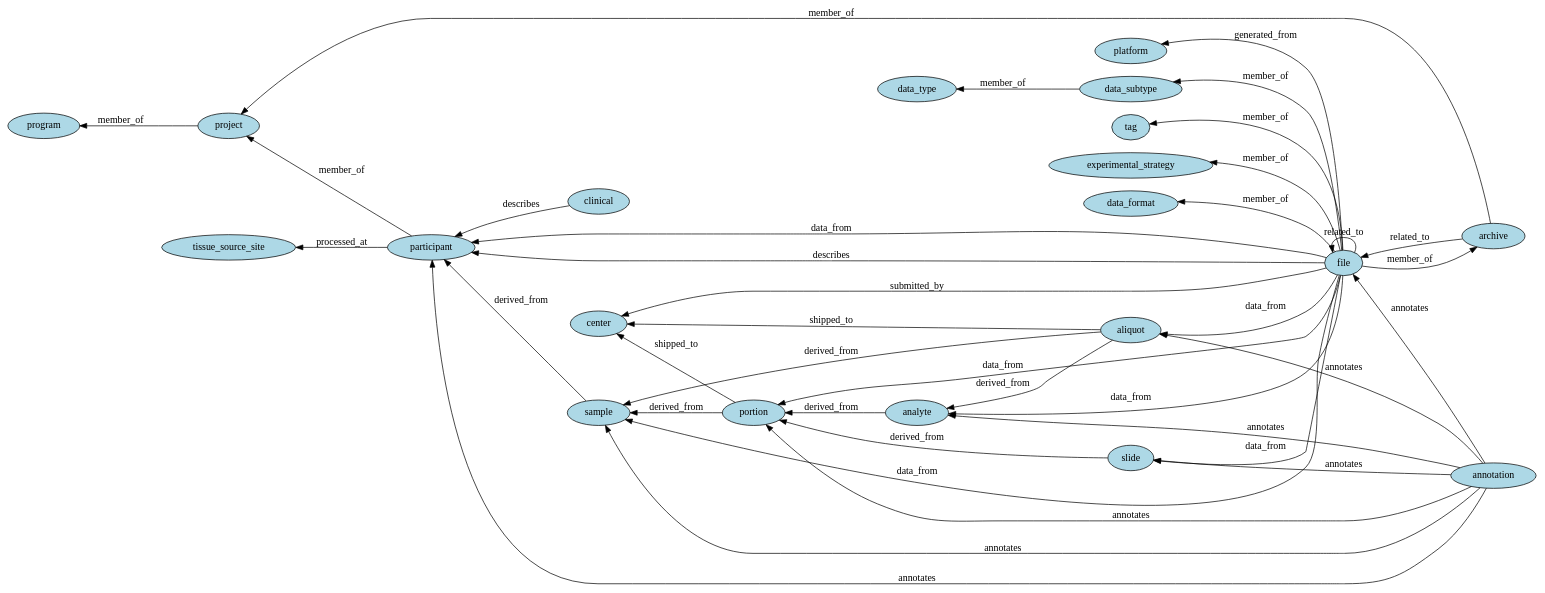
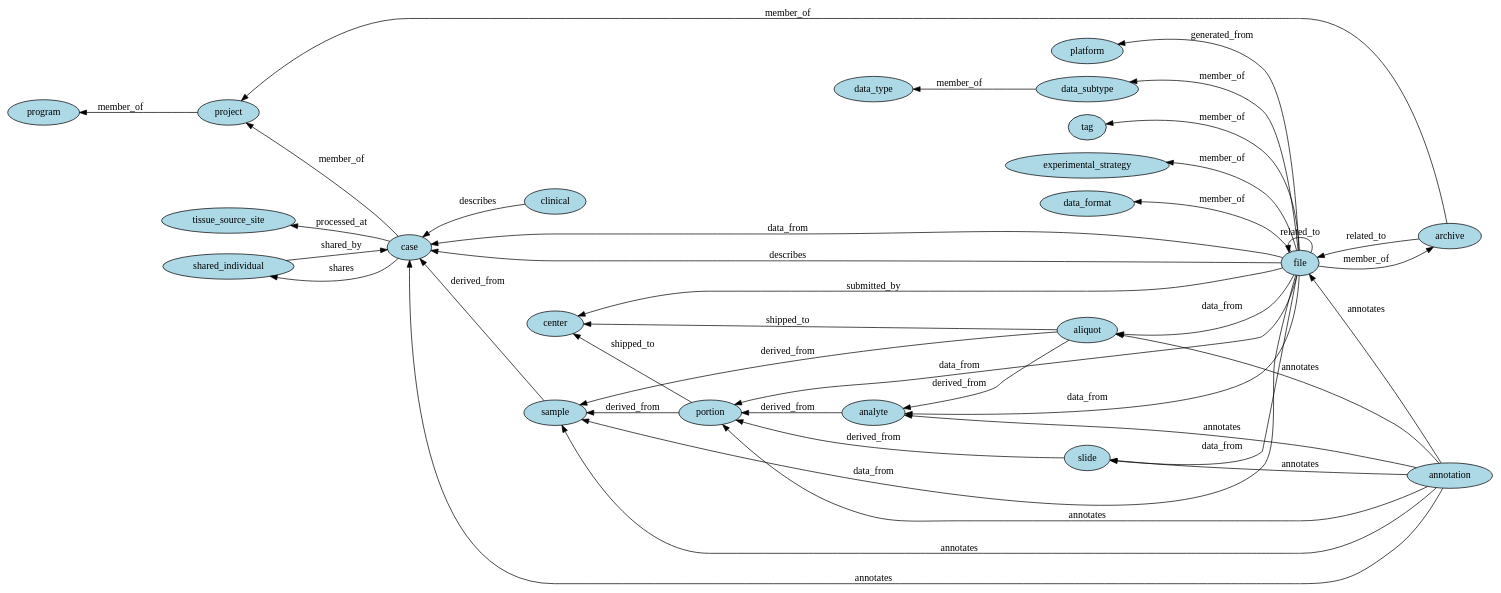
Before and after one commit to NCI-GDC/gdcdatamodel: the diagram in docs/viz/gdc_data_model.gv, drawn with Graphviz. The commit also changed 10 other files, not shown here.

Commit message:
substitutes case for participant, adds shared_individual

```diff
--- a/docs/viz/gdc_data_model.gv
+++ b/docs/viz/gdc_data_model.gv
@@ -1,62 +1,65 @@
 // High level graph representation of GDC data model
 digraph {
 	graph [rankdir=RL]
 	node [fillcolor=lightblue style=filled]
-		participant [label=participant]
+		case [label=case]
 		aliquot [label=aliquot]
 		program [label=program]
 		project [label=project]
 		clinical [label=clinical]
 		center [label=center]
 		sample [label=sample]
 		portion [label=portion]
 		analyte [label=analyte]
 		slide [label=slide]
 		file [label=file]
 		annotation [label=annotation]
 		archive [label=archive]
 		tissue_source_site [label=tissue_source_site]
 		platform [label=platform]
 		data_type [label=data_type]
 		data_subtype [label=data_subtype]
 		tag [label=tag]
 		experimental_strategy [label=experimental_strategy]
 		data_format [label=data_format]
+		shared_individual [label=shared_individual]
 			aliquot -> analyte [label=derived_from]
 			aliquot -> sample [label=derived_from]
 			analyte -> portion [label=derived_from]
 			portion -> sample [label=derived_from]
-			sample -> participant [label=derived_from]
+			sample -> case [label=derived_from]
 			slide -> portion [label=derived_from]
 			file -> file [label=related_to]
 			archive -> file [label=related_to]
-			participant -> project [label=member_of]
+			case -> project [label=member_of]
 			project -> program [label=member_of]
 			archive -> project [label=member_of]
 			file -> archive [label=member_of]
 			file -> experimental_strategy [label=member_of]
 			file -> data_subtype [label=member_of]
 			file -> data_format [label=member_of]
 			file -> tag [label=member_of]
 			data_subtype -> data_type [label=member_of]
-			participant -> tissue_source_site [label=processed_at]
+			case -> tissue_source_site [label=processed_at]
 			file -> platform [label=generated_from]
 			file -> aliquot [label=data_from]
 			file -> analyte [label=data_from]
 			file -> portion [label=data_from]
 			file -> sample [label=data_from]
-			file -> participant [label=data_from]
+			file -> case [label=data_from]
 			file -> slide [label=data_from]
-			file -> participant [label=describes]
-			clinical -> participant [label=describes]
-			annotation -> participant [label=annotates]
+			file -> case [label=describes]
+			clinical -> case [label=describes]
+			annotation -> case [label=annotates]
 			annotation -> sample [label=annotates]
 			annotation -> slide [label=annotates]
 			annotation -> portion [label=annotates]
 			annotation -> analyte [label=annotates]
 			annotation -> aliquot [label=annotates]
 			annotation -> file [label=annotates]
 			aliquot -> center [label=shipped_to]
 			portion -> center [label=shipped_to]
 			file -> center [label=submitted_by]
+			case -> shared_individual [label=shares]
+			shared_individual -> case [label=shared_by]
 }
```
